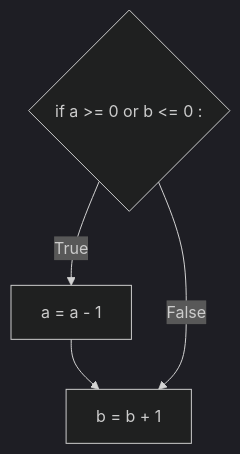
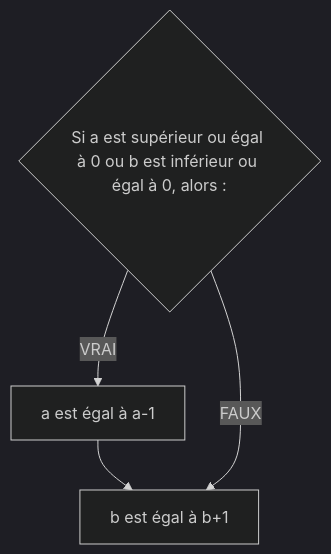
Before and after one commit to boddaert/nsi: the fourth of 10 diagrams in première/Langages_et_programmation/Constructions_élémentaires/Instructions_conditionnelles.md, drawn with Mermaid (dark theme). The commit also changed other lines of this file, not shown here.

````diff
--- a/première/Langages_et_programmation/Constructions_élémentaires/Instructions_conditionnelles.md
+++ b/première/Langages_et_programmation/Constructions_élémentaires/Instructions_conditionnelles.md
@@ -105,7 +105,7 @@
 ```mermaid
   graph TB;
-      A{if a >= 0 or b <= 0 :};
-      A--True-->B[a = a - 1];
-      B-->C[b = b + 1];
-      A--False-->C[b = b + 1];
+      A{Si a est supérieur ou égal à 0 ou b est inférieur ou égal à 0, alors :};
+      A--VRAI-->B[a est égal à a-1];
+      B-->C[b est égal à b+1];
+      A--FAUX-->C[b est égal à b+1];
 ```
````
